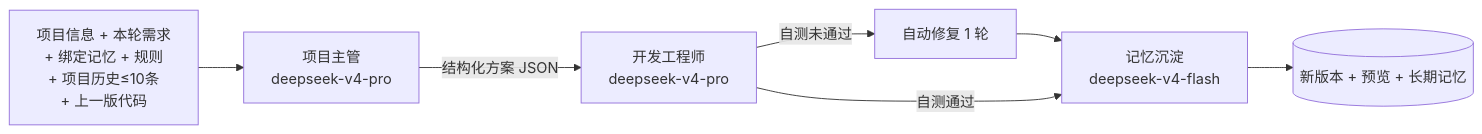
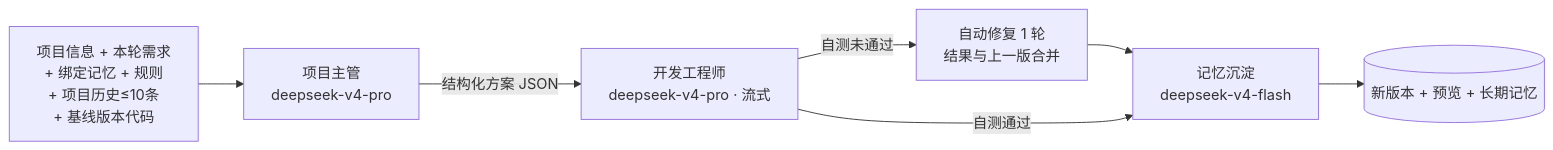
One commit to immoobc/atoms-demo changed the fourth of 12 diagrams in app/docs/系统功能设计说明.md. Above: the diagram before and after it, drawn with Mermaid. The commit also changed other lines of this file and 20 other files, not shown here.

````diff
--- a/app/docs/系统功能设计说明.md
+++ b/app/docs/系统功能设计说明.md
@@ -267,9 +321,9 @@
 ```mermaid
 flowchart LR
-  IN[项目信息 + 本轮需求<br/>+ 绑定记忆 + 规则<br/>+ 项目历史≤10条<br/>+ 上一版代码] --> LEAD[项目主管<br/>deepseek-v4-pro]
-  LEAD -->|结构化方案 JSON| DEV[开发工程师<br/>deepseek-v4-pro]
-  DEV -->|自测未通过| FIX[自动修复 1 轮]
+  IN[项目信息 + 本轮需求<br/>+ 绑定记忆 + 规则<br/>+ 项目历史≤10条<br/>+ 基线版本代码] --> LEAD[项目主管<br/>deepseek-v4-pro]
+  LEAD -->|结构化方案 JSON| DEV[开发工程师<br/>deepseek-v4-pro · 流式]
+  DEV -->|自测未通过| FIX[自动修复 1 轮<br/>结果与上一版合并]
   FIX --> MEM
   DEV -->|自测通过| MEM[记忆沉淀<br/>deepseek-v4-flash]
   MEM --> OUT[(新版本 + 预览 + 长期记忆)]
 ```
````
